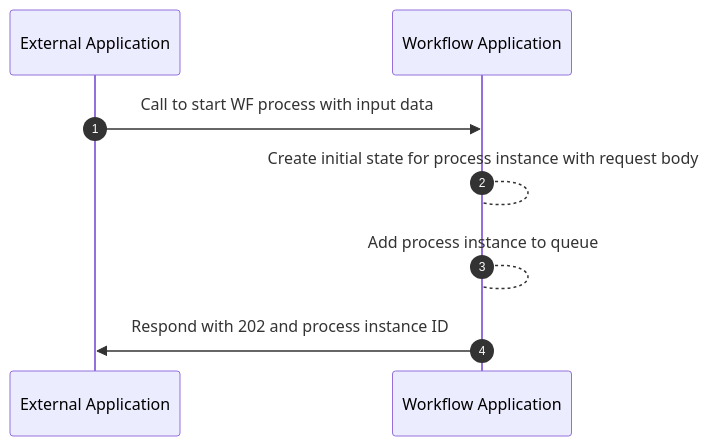
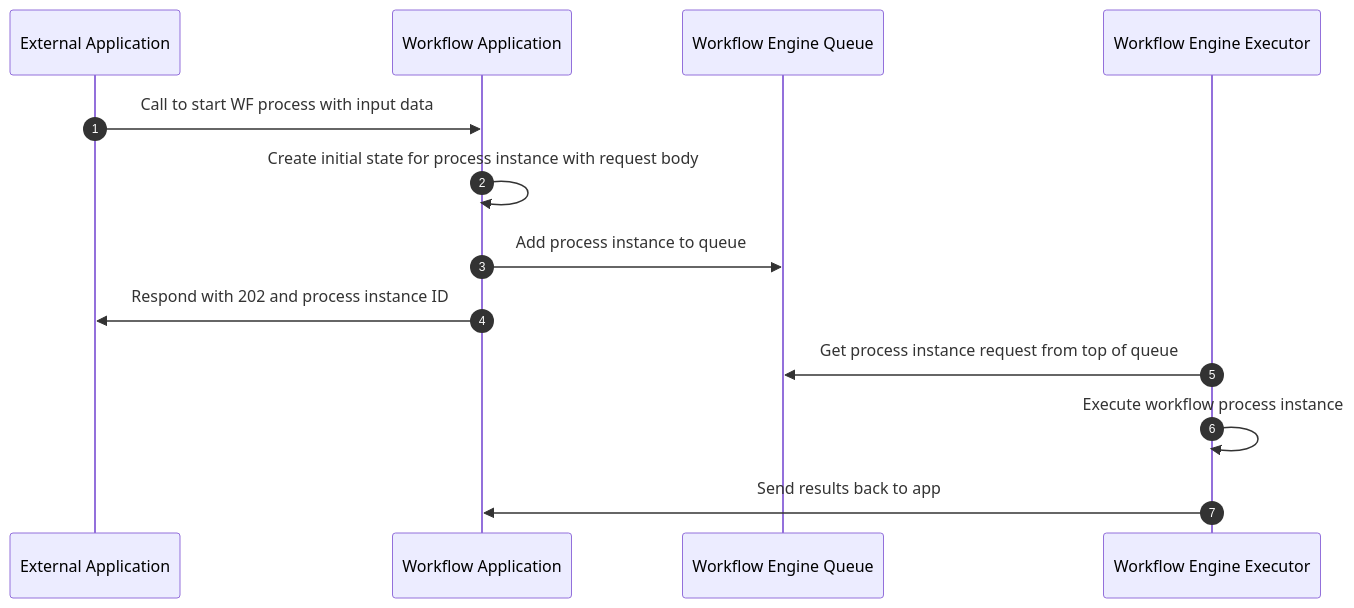
Before and after one commit to GovStackWorkingGroup/bb-workflow: the diagram in spec/9-workflows.md, drawn with Mermaid.

Commit message:
expand internal workflow

````diff
--- a/spec/9-workflows.md
+++ b/spec/9-workflows.md
@@ -19,10 +19,15 @@
 ```mermaid
 sequenceDiagram
 autonumber
     participant E as External Application
     participant W as Workflow Application
+    participant Q as Workflow Engine Queue
+    participant X as Workflow Engine Executor
     E->>W: Call to start WF process with input data
-    W-->W: Create initial state for process instance with request body
-    W-->W: Add process instance to queue
+    W->>W: Create initial state for process instance with request body
+    W->>Q: Add process instance to queue
     W->>E: Respond with 202 and process instance ID
+    X->>Q: Get process instance request from top of queue
+    X->>X: Execute workflow process instance
+    X->>W: Send results back to app
 ```
````
